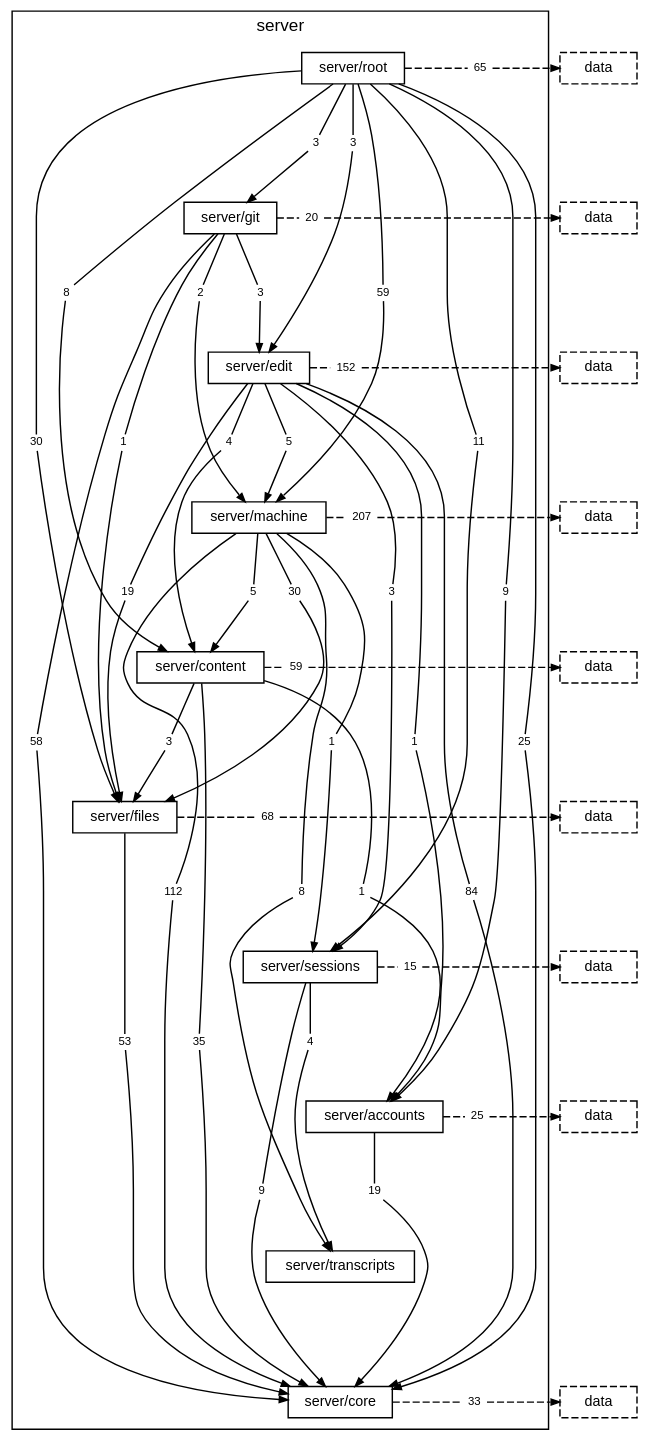
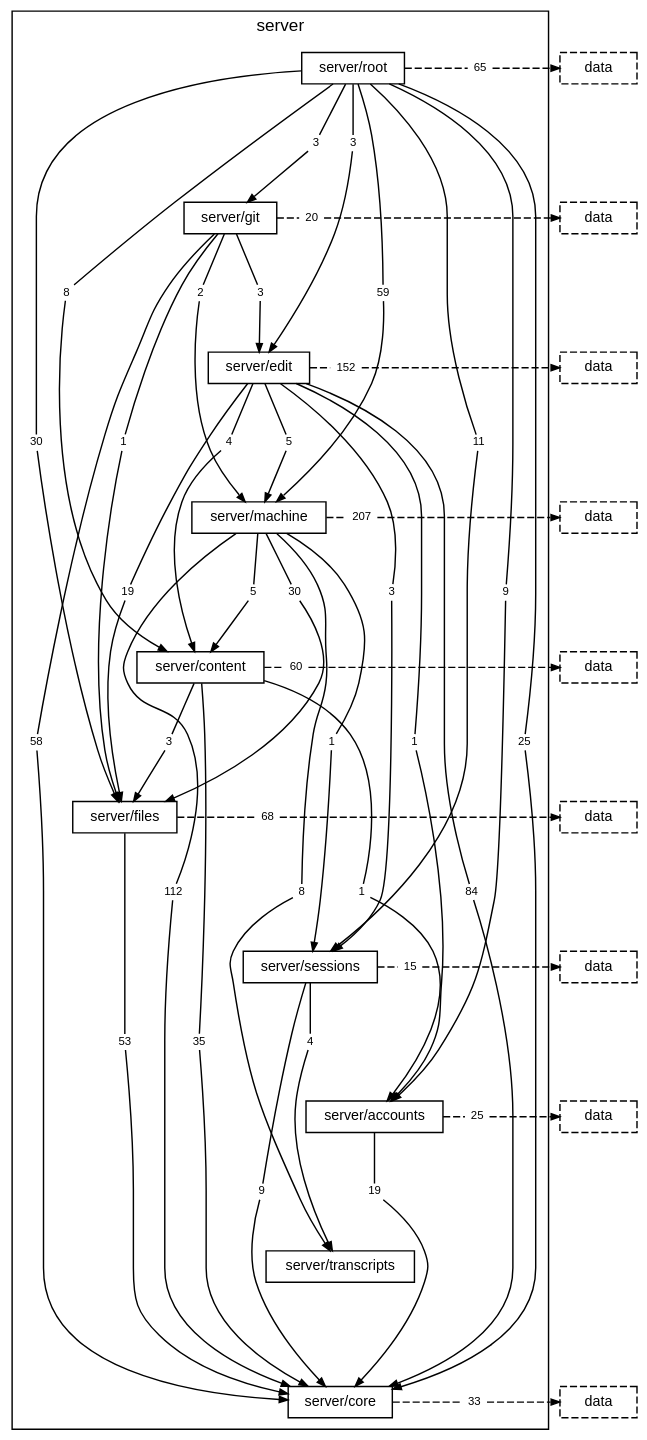
Before and after one commit to TheAxeC/oculus: the diagram in docs/diagrams/layer-server.dot, drawn with Graphviz. The commit also changed 87 other files, not shown here.

```diff
--- a/docs/diagrams/layer-server.dot
+++ b/docs/diagrams/layer-server.dot
@@ -44,7 +44,7 @@
         "folder server/content to folder server/accounts" [label="1", shape=box, color="transparent", fontsize=8, width=0, height=0, margin="0.04,0.02"];
         "folder server/content to folder server/core" [label="35", shape=box, color="transparent", fontsize=8, width=0, height=0, margin="0.04,0.02"];
         "folder server/content to folder server/files" [label="3", shape=box, color="transparent", fontsize=8, width=0, height=0, margin="0.04,0.02"];
-        "folder server/content to layer data" [label="59", shape=box, color="transparent", fontsize=8, width=0, height=0, margin="0.04,0.02"];
+        "folder server/content to layer data" [label="60", shape=box, color="transparent", fontsize=8, width=0, height=0, margin="0.04,0.02"];
         "folder server/files to folder server/core" [label="53", shape=box, color="transparent", fontsize=8, width=0, height=0, margin="0.04,0.02"];
         "folder server/files to layer data" [label="68", shape=box, color="transparent", fontsize=8, width=0, height=0, margin="0.04,0.02"];
         "folder server/sessions to folder server/core" [label="9", shape=box, color="transparent", fontsize=8, width=0, height=0, margin="0.04,0.02"];
```
